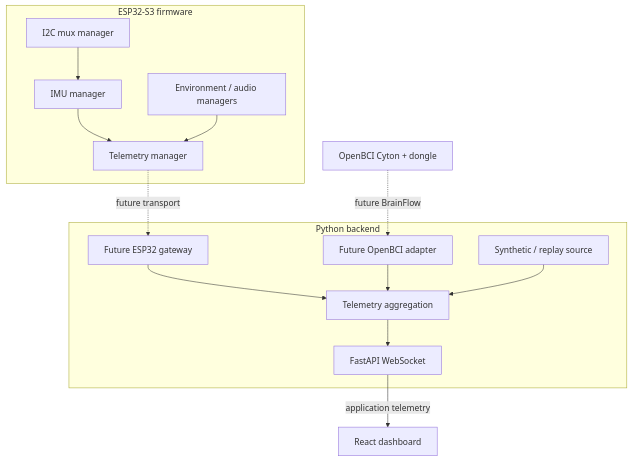
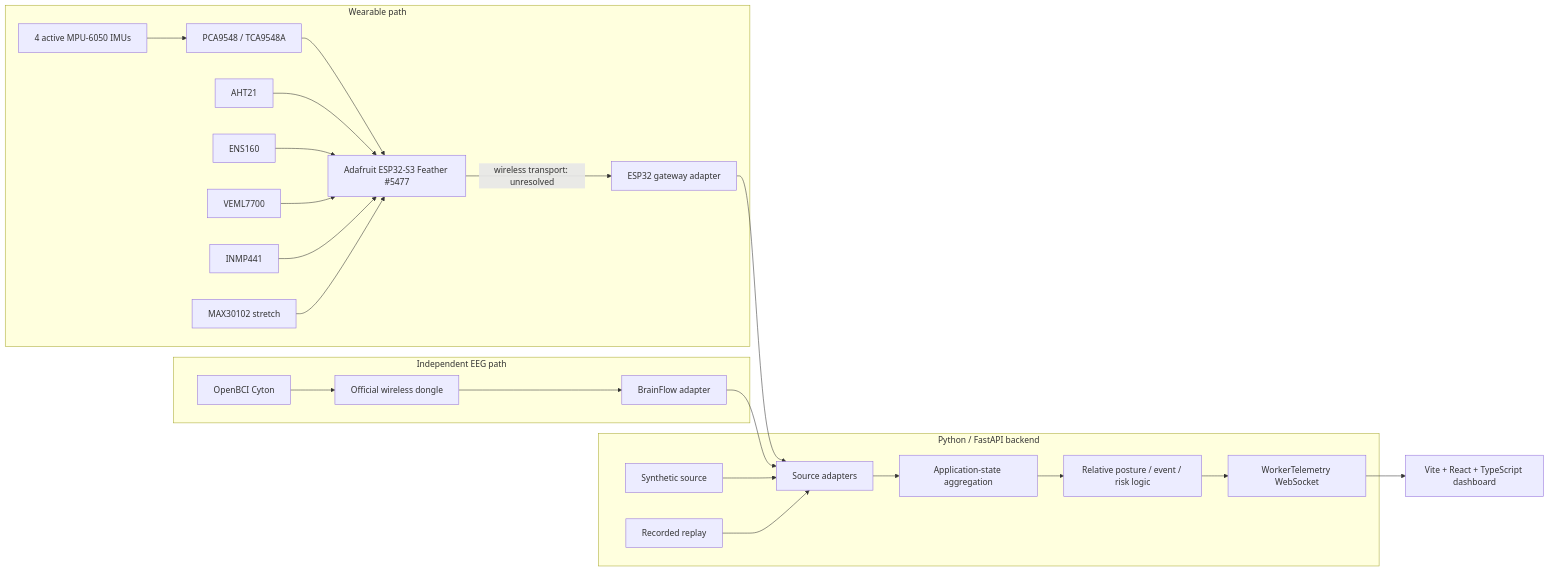
The diagram in docs/ARCHITECTURE.md (VincentNgo12/Hackathon2026), drawn with Mermaid before and after one commit. The commit also changed other lines of this file and 4 other files, not shown here.

````diff
--- a/docs/ARCHITECTURE.md
+++ b/docs/ARCHITECTURE.md
@@ -17,28 +22,30 @@
 ```mermaid
-flowchart TB
-  subgraph Device[ESP32-S3 firmware]
-    MUX[I2C mux manager]
-    IMUS[IMU manager]
-    SENSORS[Environment / audio managers]
-    TX[Telemetry manager]
-    MUX --> IMUS
-    IMUS --> TX
-    SENSORS --> TX
+flowchart LR
+  subgraph Wearable[Wearable path]
+    MPU[4 active MPU-6050 IMUs] --> MUX[PCA9548 / TCA9548A]
+    MUX --> ESP[Adafruit ESP32-S3 Feather #5477]
+    AHT[AHT21] --> ESP
+    ENS[ENS160] --> ESP
+    LIGHT[VEML7700] --> ESP
+    MIC[INMP441] --> ESP
+    HR[MAX30102 stretch] --> ESP
+    ESP -->|wireless transport: unresolved| GATEWAY[ESP32 gateway adapter]
   end
 
-  subgraph Laptop[Python backend]
-    HW[Future ESP32 gateway]
-    EEG[Future OpenBCI adapter]
-    SOURCE[Synthetic / replay source]
-    AGG[Telemetry aggregation]
-    WS[FastAPI WebSocket]
-    HW --> AGG
-    EEG --> AGG
-    SOURCE --> AGG
-    AGG --> WS
+  subgraph EEGPath[Independent EEG path]
+    CYTON[OpenBCI Cyton] --> DONGLE[Official wireless dongle]
+    DONGLE --> BRAINFLOW[BrainFlow adapter]
   end
 
-  TX -. future transport .-> HW
-  CYTON[OpenBCI Cyton + dongle] -. future BrainFlow .-> EEG
-  WS -->|application telemetry| WEB[React dashboard]
+  subgraph Backend[Python / FastAPI backend]
+    GATEWAY --> SOURCES[Source adapters]
+    BRAINFLOW --> SOURCES
+    MOCK[Synthetic source] --> SOURCES
+    REPLAY[Recorded replay] --> SOURCES
+    SOURCES --> STATE[Application-state aggregation]
+    STATE --> POSTURE[Relative posture / event / risk logic]
+    POSTURE --> WS[WorkerTelemetry WebSocket]
+  end
+
+  WS --> UI[Vite + React + TypeScript dashboard]
 ```
````
